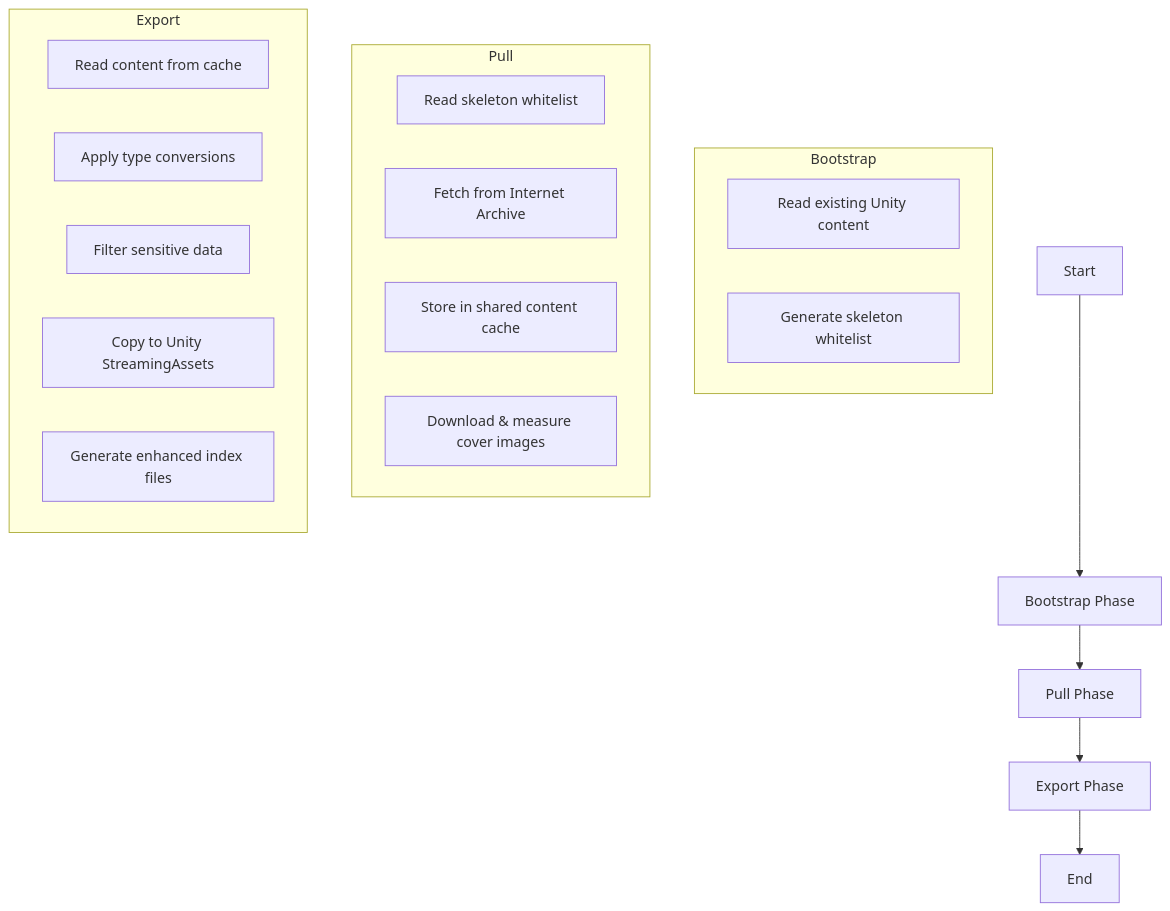
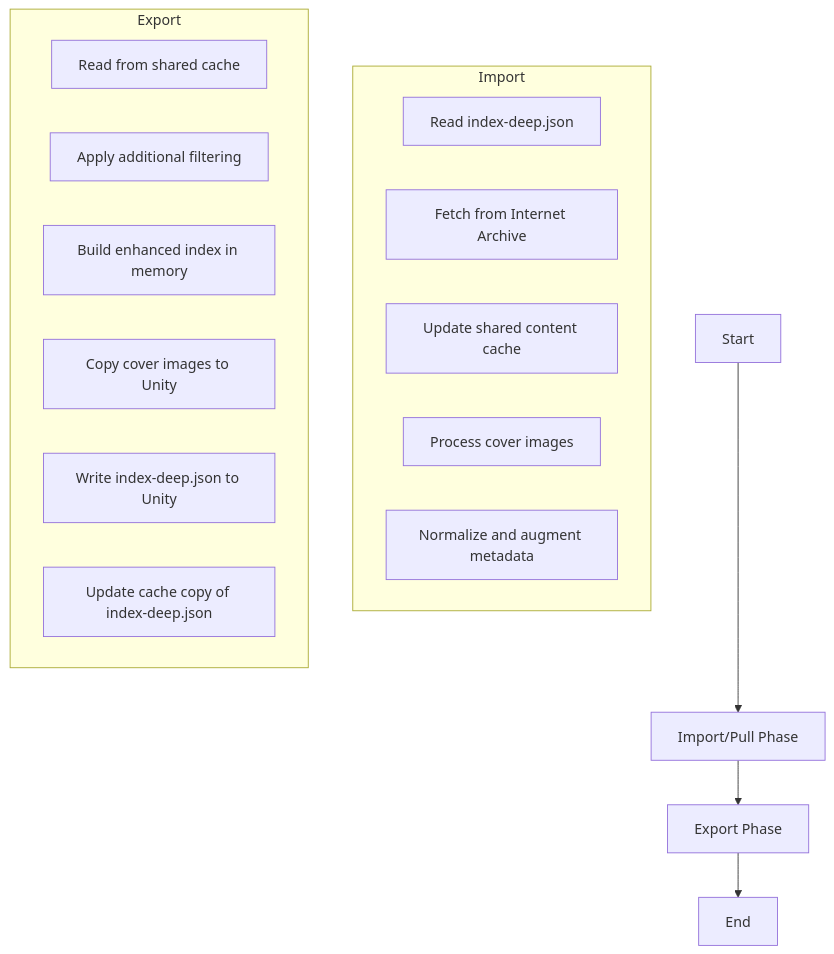
One commit to publiccodenet/SpaceCraft changed the sixth of 7 diagrams in SvelteKit/BackSpace/README-PIPELINE.md. Above: the diagram before and after it, drawn with Mermaid. The commit also changed other lines of this file and 5 other files, not shown here.

Commit message:
still about to regen schema

````diff
--- a/SvelteKit/BackSpace/README-PIPELINE.md
+++ b/SvelteKit/BackSpace/README-PIPELINE.md
@@ -357,27 +964,23 @@
 ```mermaid
 flowchart TD
-    A[Start] --> B[Bootstrap Phase]
-    B --> C[Pull Phase]
+    A[Start] --> C[Import/Pull Phase]
     C --> D[Export Phase]
     D --> E[End]
     
-    subgraph Bootstrap
-    B1[Read existing Unity content]
-    B2[Generate skeleton whitelist]
-    end
-    
-    subgraph Pull
-    C1[Read skeleton whitelist]
+    subgraph Import
+    C1[Read index-deep.json]
     C2[Fetch from Internet Archive]
-    C3[Store in shared content cache]
-    C4[Download & measure cover images]
+    C3[Update shared content cache]
+    C4[Process cover images]
+    C5[Normalize and augment metadata]
     end
     
     subgraph Export
-    D1[Read content from cache]
-    D2[Apply type conversions]
-    D3[Filter sensitive data]
-    D4[Copy to Unity StreamingAssets]
-    D5[Generate enhanced index files]
+    D1[Read from shared cache]
+    D2[Apply additional filtering]
+    D3[Build enhanced index in memory]
+    D4[Copy cover images to Unity]
+    D5[Write index-deep.json to Unity]
+    D6[Update cache copy of index-deep.json]
     end
 ```
````
